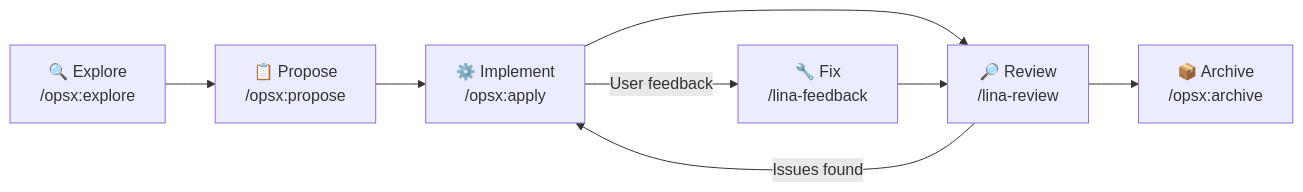
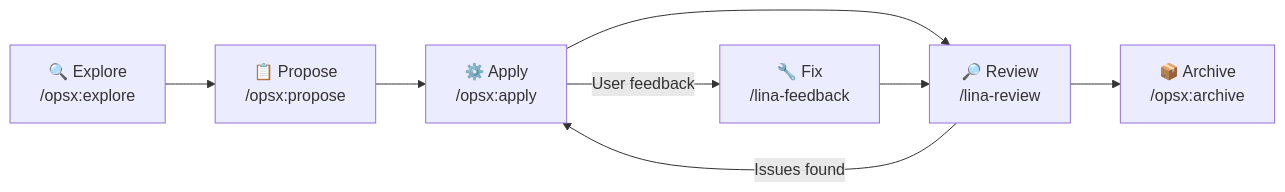
The diagram in apps/lina-site/i18n/en/docusaurus-plugin-content-docs/current/docs/1000-concepts/3000-spec-driven-development.md (linaproai/linapro-site), drawn with Mermaid before and after one commit. The commit also changed other lines of this file and 56 other files, not shown here.

Commit message:
Refactor documentation for tenant and user capabilities; enhance clarity and consistency in descriptions, method names, and usage examples. Update overview and architecture sections for improved readability and coherence. Adjust demo instructions and project positioning for better user guidance.

````diff
--- a/apps/lina-site/i18n/en/docusaurus-plugin-content-docs/current/docs/1000-concepts/3000-spec-driven-development.md
+++ b/apps/lina-site/i18n/en/docusaurus-plugin-content-docs/current/docs/1000-concepts/3000-spec-driven-development.md
@@ -40,10 +40,10 @@
 ```mermaid
 flowchart LR
     E["🔍 Explore\n/opsx:explore"] --> P["📋 Propose\n/opsx:propose"]
-    P --> I["⚙️ Implement\n/opsx:apply"]
+    P --> I["⚙️ Apply\n/opsx:apply"]
     I --> R["🔎 Review\n/lina-review"]
     R --> A["📦 Archive\n/opsx:archive"]
     R -->|"Issues found"| I
     I -->|"User feedback"| F["🔧 Fix\n/lina-feedback"]
     F --> R
 ```
````
